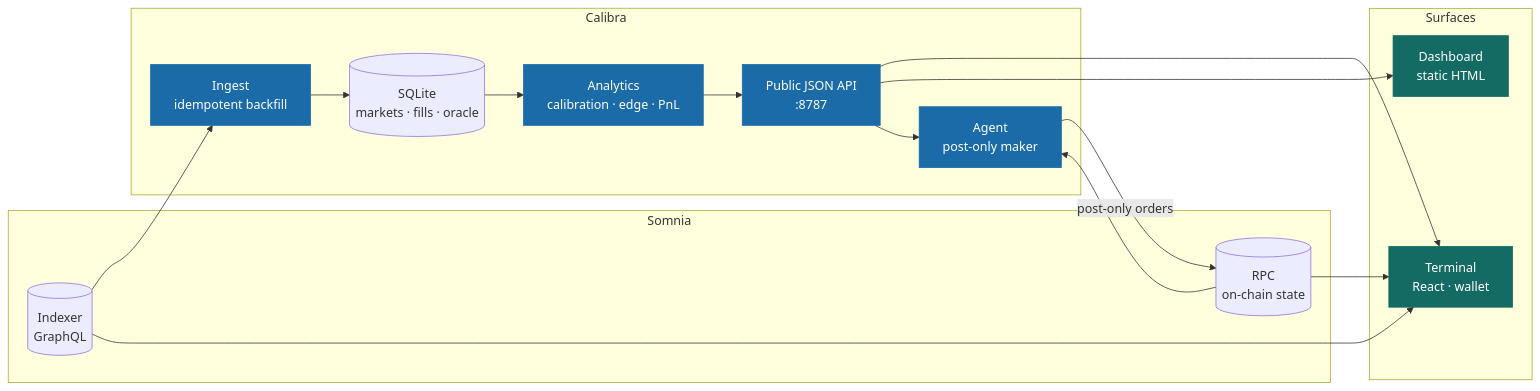
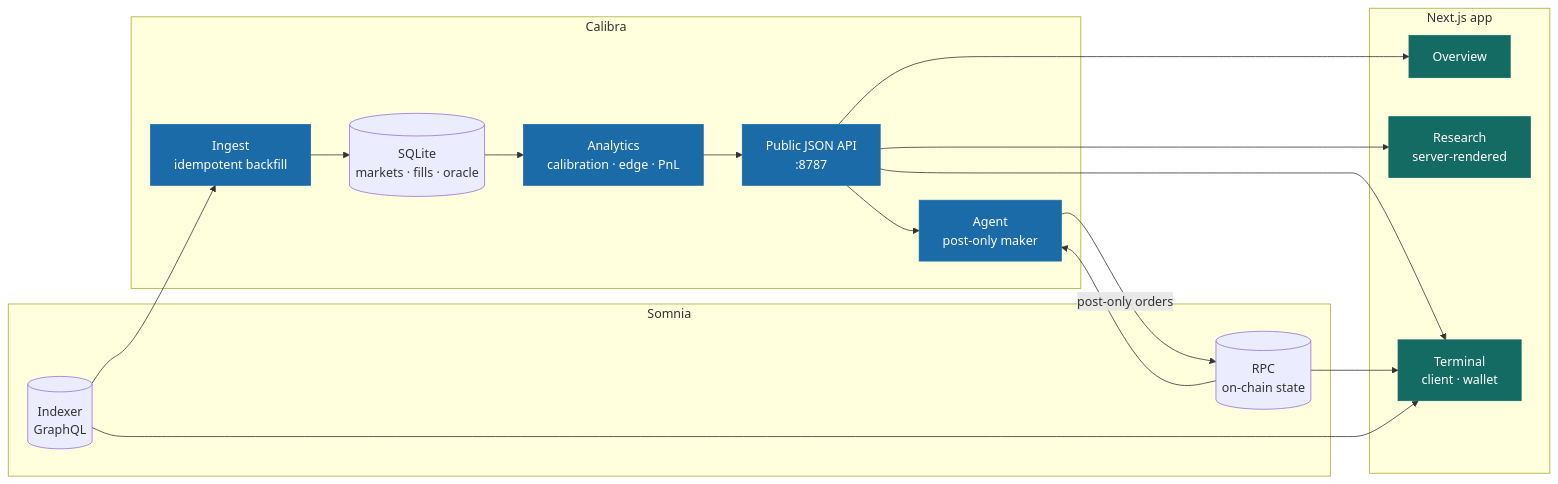
The first of 4 diagrams in README.md (tejassinghbhati/naqd), drawn with Mermaid before and after one commit. The commit also changed other lines of this file and 47 other files, not shown here.

First line of the commit message:
Replace the frontend with a Next.js app

````diff
--- a/README.md
+++ b/README.md
@@ -90,34 +90,36 @@
 ```mermaid
 flowchart LR
   subgraph chain["Somnia"]
     IDX[("Indexer<br/>GraphQL")]
     RPC[("RPC<br/>on-chain state")]
   end
 
   subgraph calibra["Calibra"]
     ING["Ingest<br/>idempotent backfill"]
     DB[("SQLite<br/>markets · fills · oracle")]
     AN["Analytics<br/>calibration · edge · PnL"]
     API["Public JSON API<br/>:8787"]
     AG["Agent<br/>post-only maker"]
   end
 
-  subgraph out["Surfaces"]
-    UI["Terminal<br/>React · wallet"]
-    DASH["Dashboard<br/>static HTML"]
+  subgraph out["Next.js app"]
+    HOME["Overview"]
+    RES["Research<br/>server-rendered"]
+    UI["Terminal<br/>client · wallet"]
   end
 
   IDX --> ING --> DB --> AN --> API
+  API --> HOME
+  API --> RES
   API --> UI
-  API --> DASH
   API --> AG
   IDX --> UI
   RPC --> UI
   RPC --> AG
   AG -->|"post-only orders"| RPC
 
   classDef c fill:#1a6ba8,stroke:#1a6ba8,color:#fff
   classDef d fill:#146b63,stroke:#146b63,color:#fff
   class ING,AN,API,AG c
-  class UI,DASH d
+  class HOME,RES,UI d
 ```
````
